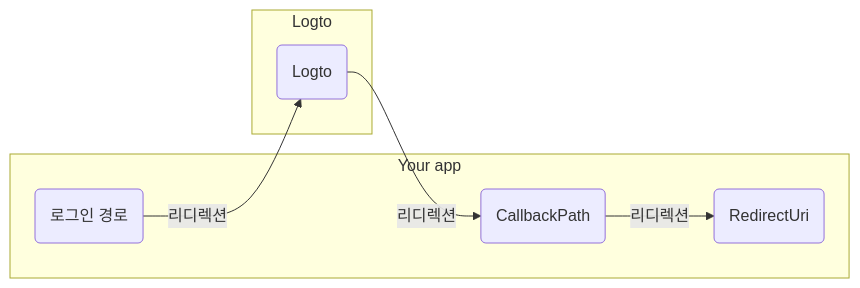
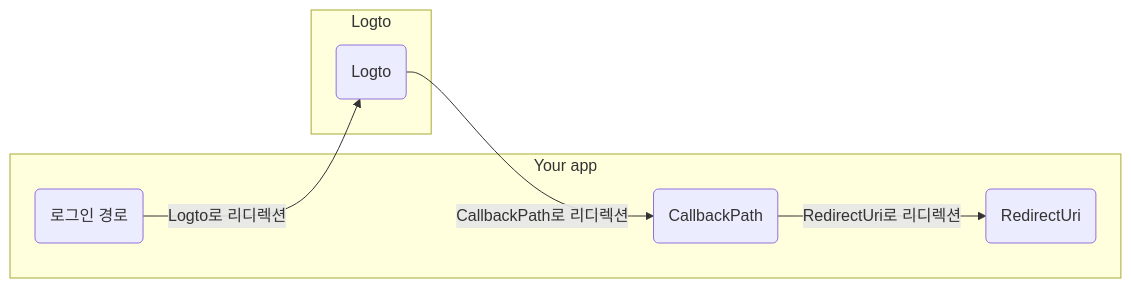
The diagram in i18n/ko/docusaurus-plugin-content-docs/current/quick-starts/framework/dotnet-mvc/_sign-in-and-sign-out-flows.mdx (logto-io/docs), drawn with Mermaid before and after one commit. The commit also changed other lines of this file and 18 other files, not shown here.

````diff
--- a/i18n/ko/docusaurus-plugin-content-docs/current/quick-starts/framework/dotnet-mvc/_sign-in-and-sign-out-flows.mdx
+++ b/i18n/ko/docusaurus-plugin-content-docs/current/quick-starts/framework/dotnet-mvc/_sign-in-and-sign-out-flows.mdx
@@ -10,14 +10,14 @@
 ```mermaid
 graph LR
   subgraph Your app
     A
     C
     D
   end
   subgraph Logto
     B
   end
-  A(로그인 경로) -->|리디렉션| B(Logto)
-  B -->|리디렉션| C(CallbackPath)
-  C -->|리디렉션| D(RedirectUri)
+  A(로그인 경로) -->|Logto로 리디렉션| B(Logto)
+  B -->|CallbackPath로 리디렉션| C(CallbackPath)
+  C -->|RedirectUri로 리디렉션| D(RedirectUri)
 ```
````
